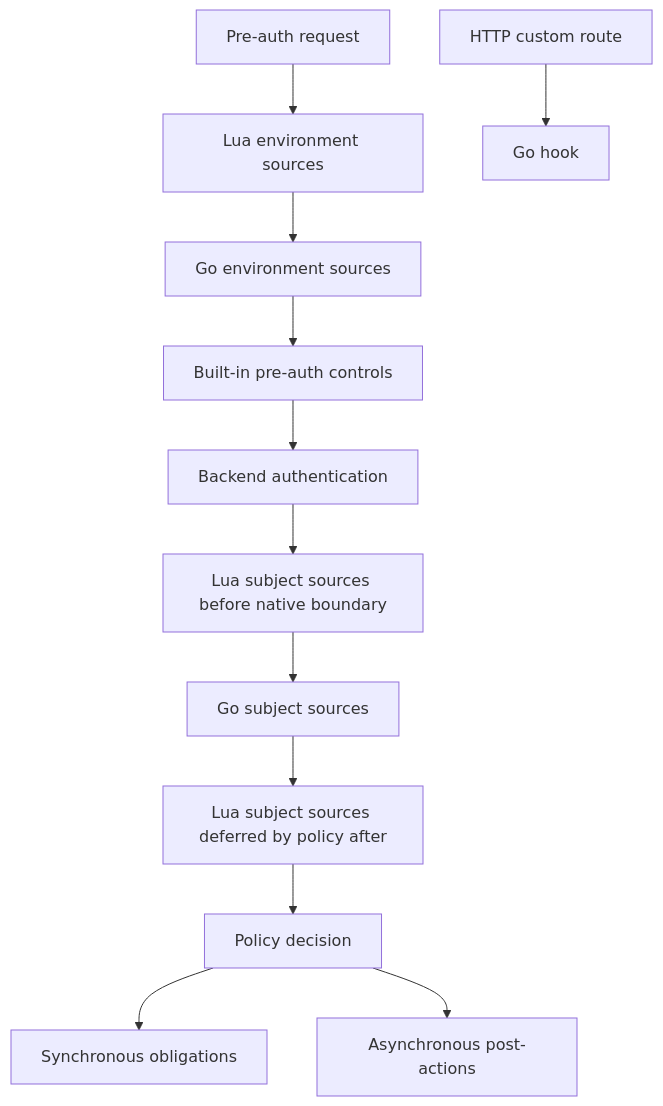
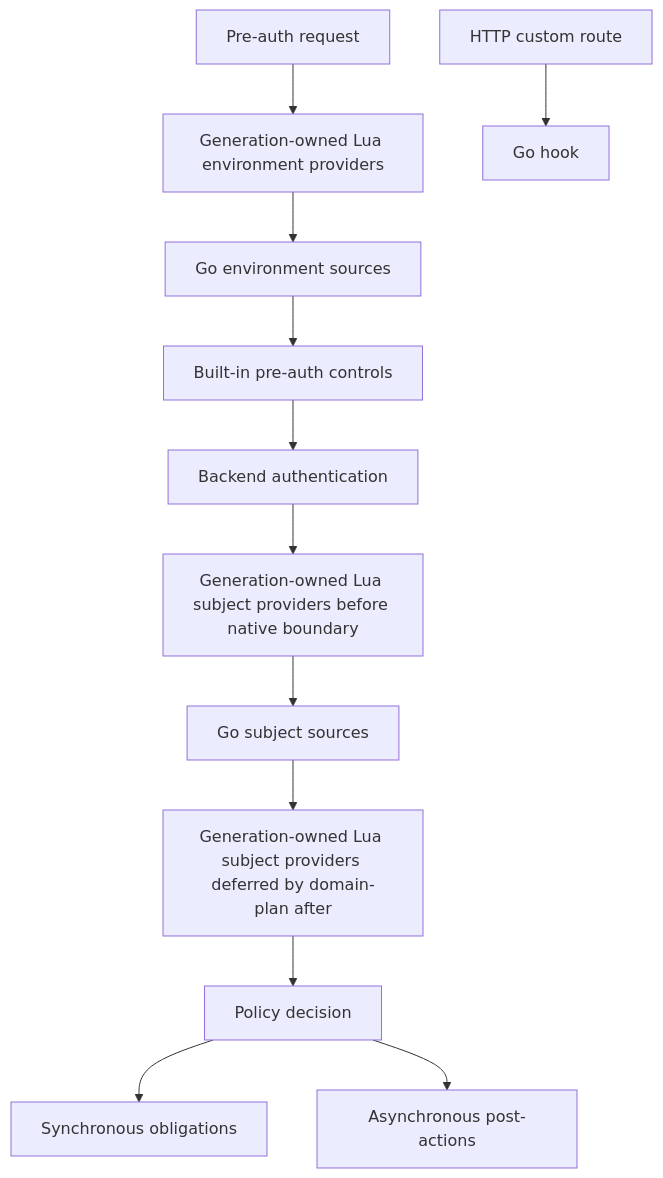
Before and after one commit to croessner/nauthilus: the third of 3 diagrams in server/docs/go_plugin_developer_api.md, drawn with Mermaid. The commit also changed other lines of this file and 579 other files, not shown here.

````diff
--- a/server/docs/go_plugin_developer_api.md
+++ b/server/docs/go_plugin_developer_api.md
@@ -835,14 +840,14 @@
 ```mermaid
 flowchart TD
-    A["Pre-auth request"] --> B["Lua environment sources"]
+    A["Pre-auth request"] --> B["Generation-owned Lua environment providers"]
     B --> C["Go environment sources"]
     C --> D["Built-in pre-auth controls"]
     D --> E["Backend authentication"]
-    E --> F["Lua subject sources before native boundary"]
+    E --> F["Generation-owned Lua subject providers before native boundary"]
     F --> G["Go subject sources"]
-    G --> M["Lua subject sources deferred by policy after"]
+    G --> M["Generation-owned Lua subject providers deferred by domain-plan after"]
     M --> H["Policy decision"]
     H --> I["Synchronous obligations"]
     H --> J["Asynchronous post-actions"]
     K["HTTP custom route"] --> L["Go hook"]
 ```
````
